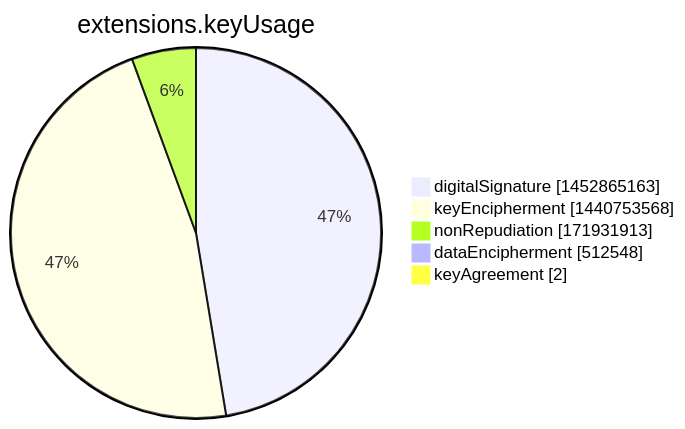
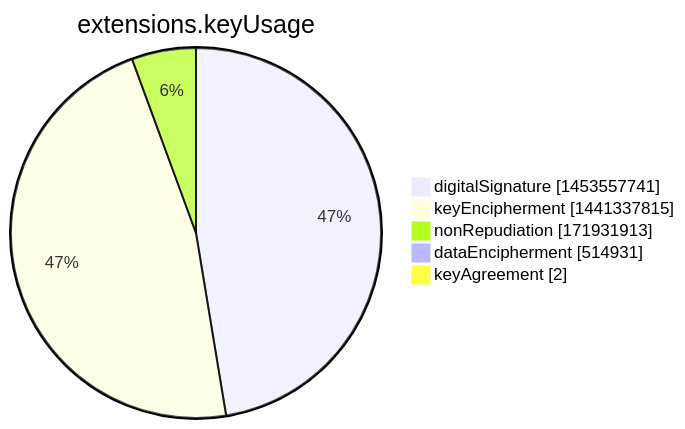
One commit to christiankrug/ctmonitor_visualization changed the seventh of 15 diagrams in argon2022/README.md. Above: the diagram before and after it, drawn with Mermaid. The commit also changed other lines of this file, not shown here.

````diff
--- a/argon2022/README.md
+++ b/argon2022/README.md
@@ -2751,9 +2751,9 @@
 ```mermaid
 pie showData
 title extensions.keyUsage
-"digitalSignature" :1452865163
-"keyEncipherment" :1440753568
+"digitalSignature" :1453557741
+"keyEncipherment" :1441337815
 "nonRepudiation" :171931913
-"dataEncipherment" :512548
+"dataEncipherment" :514931
 "keyAgreement" :2
 ```
````
